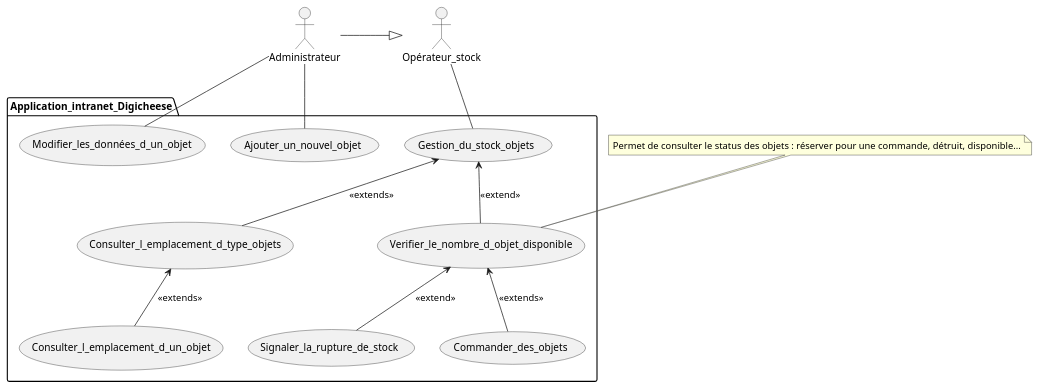
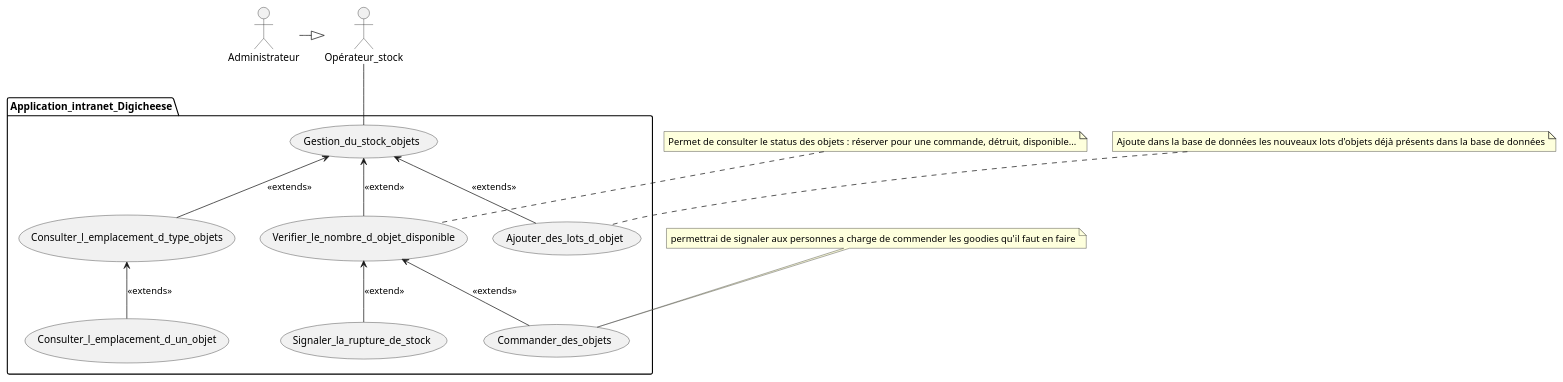
The diagram in Cas_d_utilisation/Cas_utilisation_gestion_stock_objet.puml (Bluwen/Conception_d_une_application_informatique), drawn with PlantUML before and after one commit. The commit also changed 1 other file, not shown here.

Commit message:
Mise a jours de diagramme de cas d'utilisation

```diff
--- a/Cas_d_utilisation/Cas_utilisation_gestion_stock_objet.puml
+++ b/Cas_d_utilisation/Cas_utilisation_gestion_stock_objet.puml
@@ -1,38 +1,47 @@
 @startuml Cas d'utilisation gestion des stocks objets
 
 actor Opérateur_stock
 actor Administrateur
 
 package Application_intranet_Digicheese {
     
-    usecase Ajouter_un_nouvel_objet
-    usecase Modifier_les_données_d_un_objet
+    'usecase Ajouter_un_nouvel_objet
+    'usecase Modifier_les_données_d_un_objet
 
     usecase Gestion_du_stock_objets
     
     usecase Verifier_le_nombre_d_objet_disponible
     usecase Signaler_la_rupture_de_stock
     usecase Commander_des_objets
 
     usecase Consulter_l_emplacement_d_type_objets
     usecase Consulter_l_emplacement_d_un_objet
 
+    usecase Ajouter_des_lots_d_objet
+
 }
 
 Administrateur -|> Opérateur_stock
 
-Administrateur -- Ajouter_un_nouvel_objet
-Administrateur -- Modifier_les_données_d_un_objet
+'Administrateur -- Ajouter_un_nouvel_objet
+'Administrateur -- Modifier_les_données_d_un_objet
 
 Opérateur_stock -- Gestion_du_stock_objets
 Gestion_du_stock_objets <-- Verifier_le_nombre_d_objet_disponible : <<extend>>
 Verifier_le_nombre_d_objet_disponible <-- Signaler_la_rupture_de_stock : <<extend>>
 Verifier_le_nombre_d_objet_disponible <-- Commander_des_objets : <<extends>>
 
 Gestion_du_stock_objets <-- Consulter_l_emplacement_d_type_objets : <<extends>>
 Consulter_l_emplacement_d_type_objets <-- Consulter_l_emplacement_d_un_objet : <<extends>>
 
+Gestion_du_stock_objets <-- Ajouter_des_lots_d_objet : <<extends>>
+
 note "Permet de consulter le status des objets : réserver pour une commande, détruit, disponible..." as N1
 N1 .. Verifier_le_nombre_d_objet_disponible
 
+note "permettrai de signaler aux personnes a charge de commender les goodies qu'il faut en faire" as N2
+N2 .. Commander_des_objets
+
+note "Ajoute dans la base de données les nouveaux lots d'objets déjà présents dans la base de données" as N3
+N3 .. Ajouter_des_lots_d_objet
 @enduml
```
